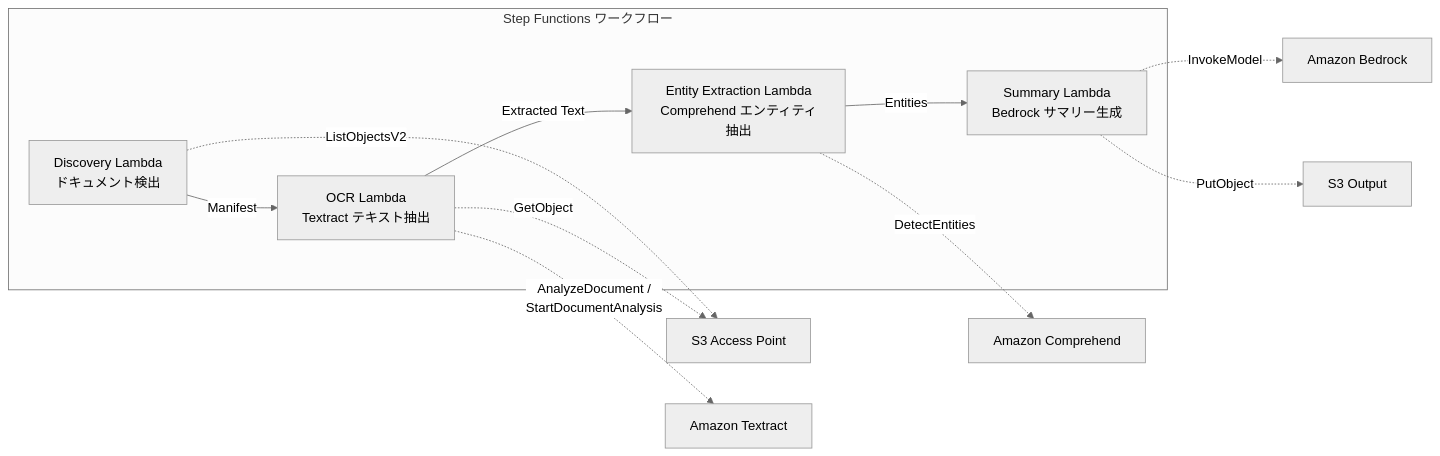
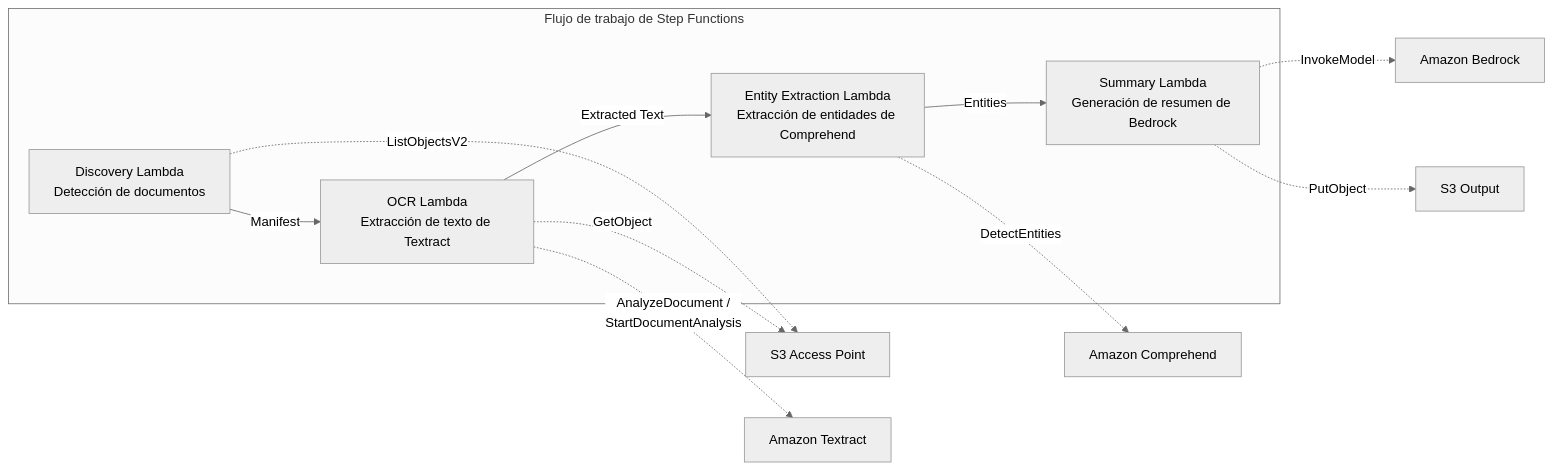
Before and after one commit to Yoshiki0705/FSx-for-ONTAP-S3AccessPoints-Serverless-Patterns: the diagram in solutions/industry/financial-idp/README.es.md, drawn with Mermaid (neutral theme). The commit also changed other lines of this file and 20 other files, not shown here.

````diff
--- a/solutions/industry/financial-idp/README.es.md
+++ b/solutions/industry/financial-idp/README.es.md
@@ -56,20 +52,20 @@
 ```mermaid
 graph LR
-    subgraph "Step Functions ワークフロー"
-        D[Discovery Lambda<br/>ドキュメント検出]
-        OCR[OCR Lambda<br/>Textract テキスト抽出]
-        ENT[Entity Extraction Lambda<br/>Comprehend エンティティ抽出]
-        SUM[Summary Lambda<br/>Bedrock サマリー生成]
+    subgraph "Flujo de trabajo de Step Functions"
+        D[Discovery Lambda<br/>Detección de documentos]
+        OCR[OCR Lambda<br/>Extracción de texto de Textract]
+        ENT[Entity Extraction Lambda<br/>Extracción de entidades de Comprehend]
+        SUM[Summary Lambda<br/>Generación de resumen de Bedrock]
     end
 
     D -->|Manifest| OCR
     OCR -->|Extracted Text| ENT
     ENT -->|Entities| SUM
 
     D -.->|ListObjectsV2| S3AP[S3 Access Point]
     OCR -.->|GetObject| S3AP
     OCR -.->|AnalyzeDocument /<br/>StartDocumentAnalysis| Textract[Amazon Textract]
     ENT -.->|DetectEntities| Comprehend[Amazon Comprehend]
     SUM -.->|InvokeModel| Bedrock[Amazon Bedrock]
     SUM -.->|PutObject| S3OUT[S3 Output]
 ```
````
